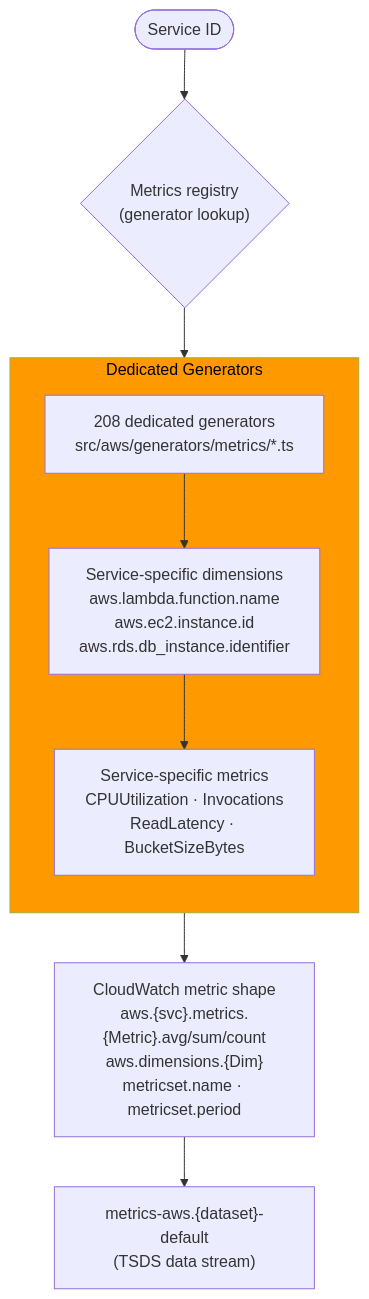
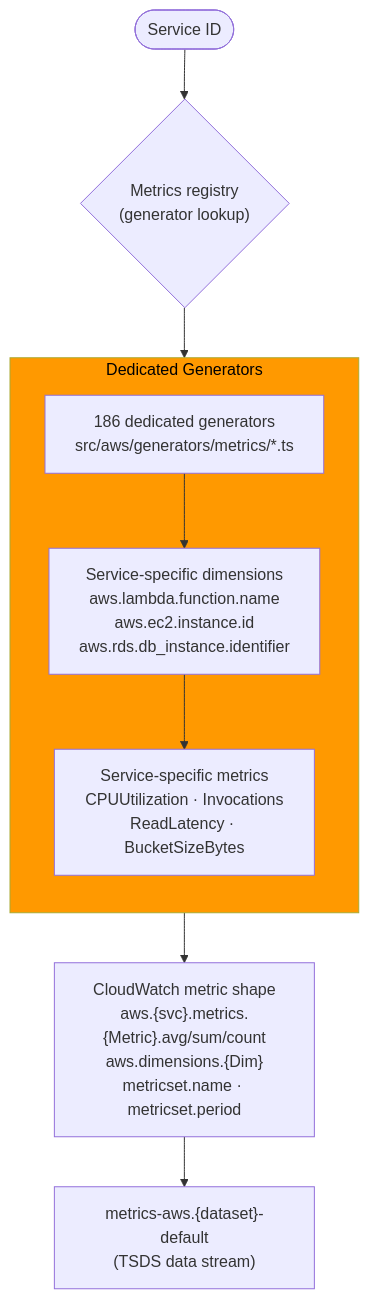
Before and after one commit to rkernutt/cloud-to-elastic-load-generator: the tenth of 14 diagrams in docs/diagrams.md, drawn with Mermaid. The commit also changed other lines of this file and 7 other files, not shown here.

````diff
--- a/docs/diagrams.md
+++ b/docs/diagrams.md
@@ -587,21 +587,21 @@
 ```mermaid
 flowchart TD
     SVC(["Service ID"]) --> CHECK{"Metrics registry\n(generator lookup)"}
 
     CHECK --> DED
 
     subgraph DED["Dedicated Generators"]
         direction TB
-        D1["208 dedicated generators\nsrc/aws/generators/metrics/*.ts"]
+        D1["186 dedicated generators\nsrc/aws/generators/metrics/*.ts"]
         D2["Service-specific dimensions\naws.lambda.function.name\naws.ec2.instance.id\naws.rds.db_instance.identifier"]
         D3["Service-specific metrics\nCPUUtilization · Invocations\nReadLatency · BucketSizeBytes"]
         D1 --> D2 --> D3
     end
 
     DED --> SHAPE
 
     SHAPE["CloudWatch metric shape\naws.{svc}.metrics.{Metric}.avg/sum/count\naws.dimensions.{Dim}\nmetricset.name · metricset.period"]
     SHAPE --> IDX["metrics-aws.{dataset}-default\n(TSDS data stream)"]
 
     style DED fill:#FF9900,color:#000
 ```
````
